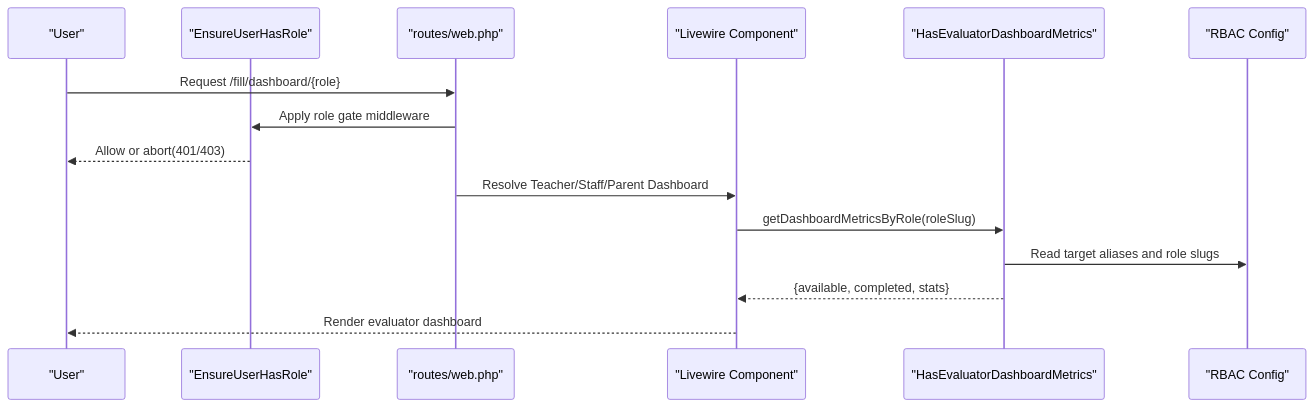
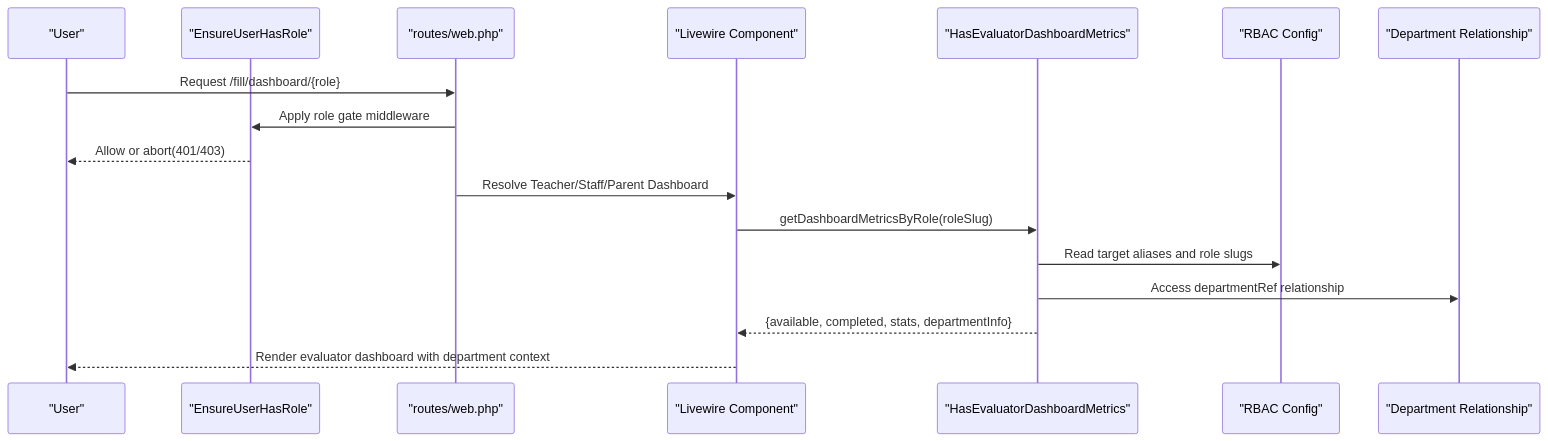
Before and after one commit to rudicatsmile/assesment360: the second of 6 diagrams in .qoder/repowiki/en/content/Core Features/User Dashboard Systems/User Dashboard Systems.md, drawn with Mermaid. The commit also changed other lines of this file and 6 other files, not shown here.

````diff
--- a/.qoder/repowiki/en/content/Core Features/User Dashboard Systems/User Dashboard Systems.md
+++ b/.qoder/repowiki/en/content/Core Features/User Dashboard Systems/User Dashboard Systems.md
@@ -127,17 +143,19 @@
 ```mermaid
 sequenceDiagram
 participant U as "User"
 participant MW as "EnsureUserHasRole"
 participant RT as "routes/web.php"
 participant L as "Livewire Component"
 participant M as "HasEvaluatorDashboardMetrics"
 participant CFG as "RBAC Config"
+participant DEPT as "Department Relationship"
 U->>RT : Request /fill/dashboard/{role}
 RT->>MW : Apply role gate middleware
 MW-->>U : Allow or abort(401/403)
 RT->>L : Resolve Teacher/Staff/Parent Dashboard
 L->>M : getDashboardMetricsByRole(roleSlug)
 M->>CFG : Read target aliases and role slugs
-M-->>L : {available, completed, stats}
-L-->>U : Render evaluator dashboard
+M->>DEPT : Access departmentRef relationship
+M-->>L : {available, completed, stats, departmentInfo}
+L-->>U : Render evaluator dashboard with department context
 ```
````
